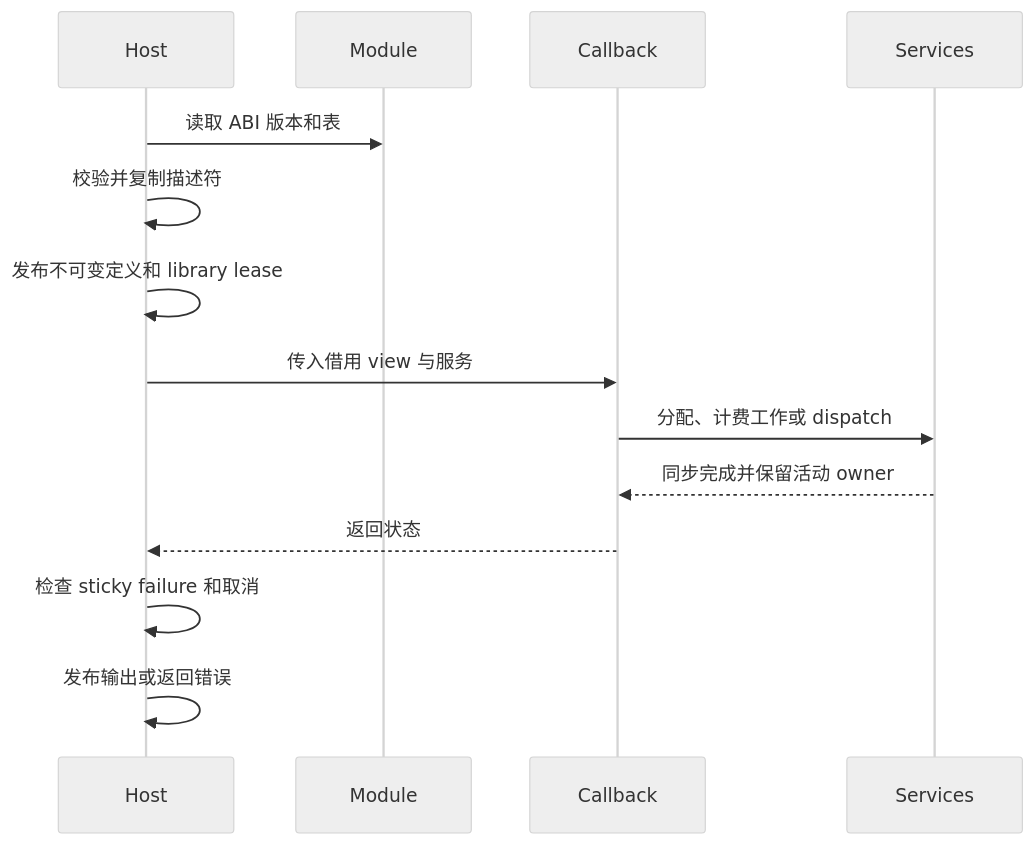
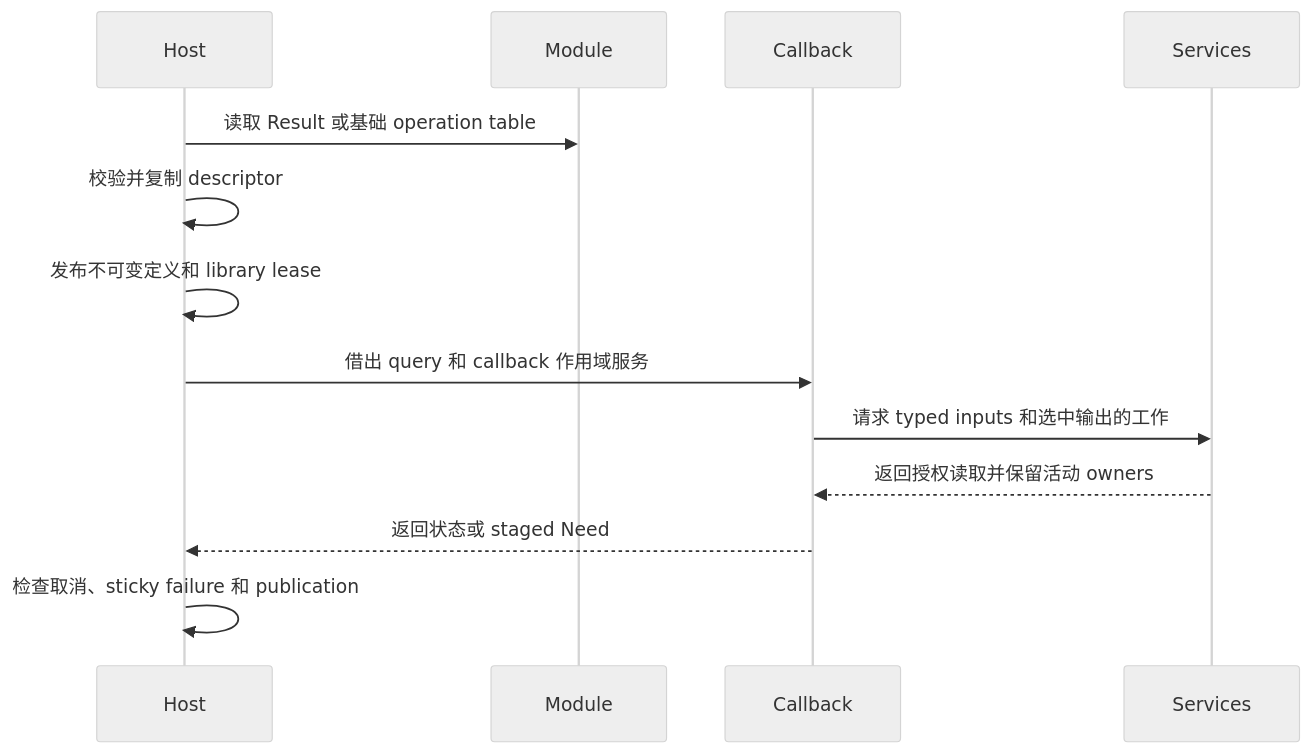
One commit to kevin-zf1123/photospider changed the diagram in docs/kernel-architecture/zh/Plugin-ABI.zh.md. Above: the diagram before and after it, drawn with Mermaid (neutral theme). The commit also changed other lines of this file and 88 other files, not shown here.

````diff
--- a/docs/kernel-architecture/zh/Plugin-ABI.zh.md
+++ b/docs/kernel-architecture/zh/Plugin-ABI.zh.md
@@ -9,16 +9,15 @@
 ```mermaid
 sequenceDiagram
     participant Host
     participant Module
     participant Callback
     participant Services
-    Host->>Module: 读取 ABI 版本和表
-    Host->>Host: 校验并复制描述符
+    Host->>Module: 读取 Result 或基础 operation table
+    Host->>Host: 校验并复制 descriptor
     Host->>Host: 发布不可变定义和 library lease
-    Host->>Callback: 传入借用 view 与服务
-    Callback->>Services: 分配、计费工作或 dispatch
-    Services-->>Callback: 同步完成并保留活动 owner
-    Callback-->>Host: 返回状态
-    Host->>Host: 检查 sticky failure 和取消
-    Host->>Host: 发布输出或返回错误
+    Host->>Callback: 借出 query 和 callback 作用域服务
+    Callback->>Services: 请求 typed inputs 和选中输出的工作
+    Services-->>Callback: 返回授权读取并保留活动 owners
+    Callback-->>Host: 返回状态或 staged Need
+    Host->>Host: 检查取消、sticky failure 和 publication
 ```
````
